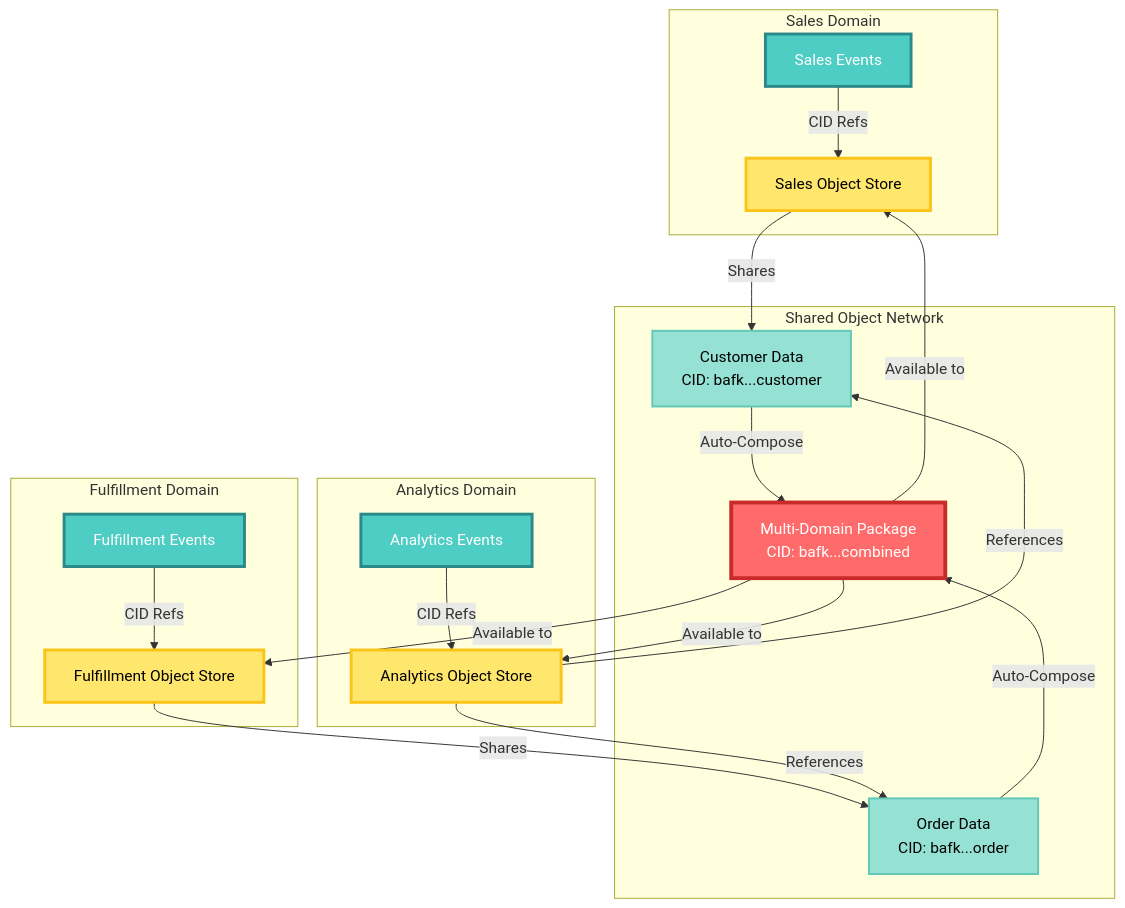
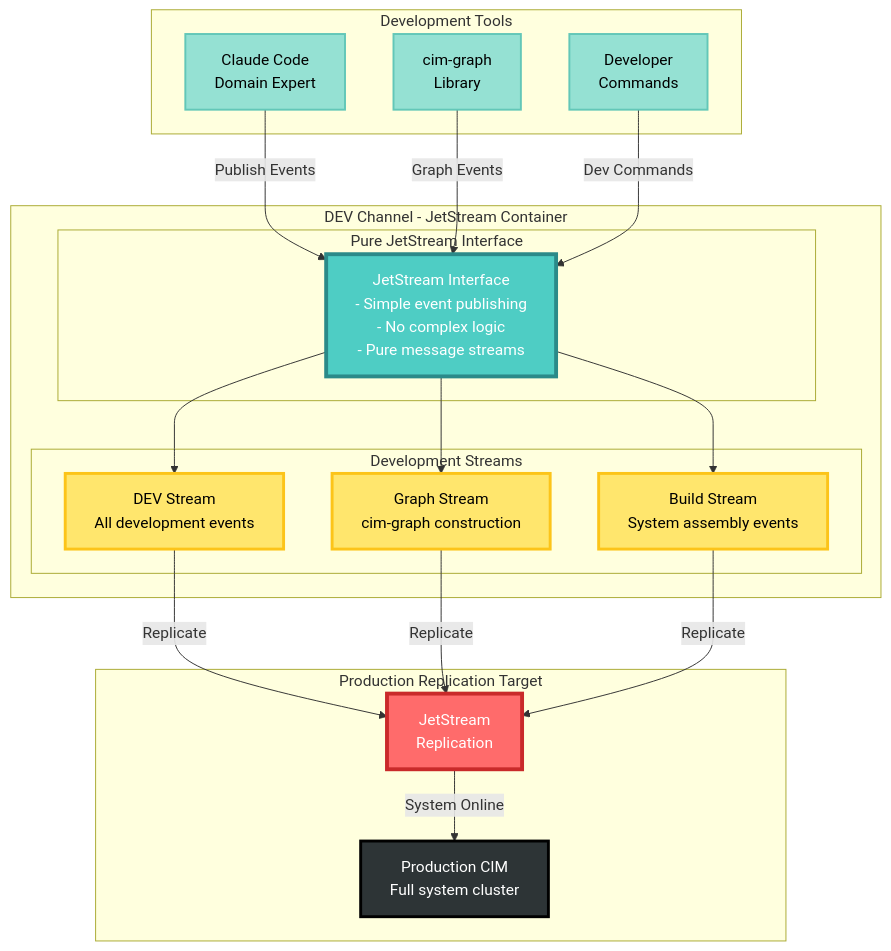
Before and after one commit to TheCowboyAI/cim-start: the third of 3 diagrams in readme.md, drawn with Mermaid. The commit also changed other lines of this file and 1 other file, not shown here.

First line of the commit message:
Clarify CIM-Start as DEV channel for domain construction

````diff
--- a/readme.md
+++ b/readme.md
@@ -117,48 +131,49 @@
 ```mermaid
 graph TB
-    subgraph "Sales Domain"
-        SalesEvents[Sales Events]
-        SalesObjects[Sales Object Store]
-        SalesEvents -->|CID Refs| SalesObjects
+    subgraph "DEV Channel - JetStream Container"
+        subgraph "Pure JetStream Interface"
+            JSInterface[JetStream Interface<br/>- Simple event publishing<br/>- No complex logic<br/>- Pure message streams]
+        end
+        
+        subgraph "Development Streams"
+            DevStream[DEV Stream<br/>All development events]
+            GraphStream[Graph Stream<br/>cim-graph construction]  
+            BuildStream[Build Stream<br/>System assembly events]
+        end
+        
+        JSInterface --> DevStream
+        JSInterface --> GraphStream
+        JSInterface --> BuildStream
     end
     
-    subgraph "Fulfillment Domain"
-        FulfillmentEvents[Fulfillment Events]
-        FulfillmentObjects[Fulfillment Object Store]
-        FulfillmentEvents -->|CID Refs| FulfillmentObjects
+    subgraph "Development Tools"
+        Claude[Claude Code<br/>Domain Expert]
+        CimGraph[cim-graph<br/>Library]
+        Developer[Developer<br/>Commands]
     end
     
-    subgraph "Analytics Domain"
-        AnalyticsEvents[Analytics Events]
-        AnalyticsObjects[Analytics Object Store]
-        AnalyticsEvents -->|CID Refs| AnalyticsObjects
+    subgraph "Production Replication Target"
+        ProdCluster[Production CIM<br/>Full system cluster]
+        ReplicationFlow[JetStream<br/>Replication]
     end
     
-    subgraph "Shared Object Network"
-        CustomerData[Customer Data<br/>CID: bafk...customer]
-        OrderData[Order Data<br/>CID: bafk...order]
-        SharedComposite[Multi-Domain Package<br/>CID: bafk...combined]
-    end
+    Claude -->|Publish Events| JSInterface
+    CimGraph -->|Graph Events| JSInterface
+    Developer -->|Dev Commands| JSInterface
     
-    SalesObjects -->|Shares| CustomerData
-    FulfillmentObjects -->|Shares| OrderData
-    AnalyticsObjects -->|References| CustomerData
-    AnalyticsObjects -->|References| OrderData
+    DevStream -->|Replicate| ReplicationFlow
+    GraphStream -->|Replicate| ReplicationFlow  
+    BuildStream -->|Replicate| ReplicationFlow
     
-    CustomerData -->|Auto-Compose| SharedComposite
-    OrderData -->|Auto-Compose| SharedComposite
+    ReplicationFlow -->|System Online| ProdCluster
     
-    SharedComposite -->|Available to| SalesObjects
-    SharedComposite -->|Available to| FulfillmentObjects
-    SharedComposite -->|Available to| AnalyticsObjects
-    
-    style SalesEvents fill:#4ECDC4,stroke:#2B8A89,stroke-width:3px,color:#FFF
-    style FulfillmentEvents fill:#4ECDC4,stroke:#2B8A89,stroke-width:3px,color:#FFF
-    style AnalyticsEvents fill:#4ECDC4,stroke:#2B8A89,stroke-width:3px,color:#FFF
-    style SalesObjects fill:#FFE66D,stroke:#FCC419,stroke-width:3px,color:#000
-    style FulfillmentObjects fill:#FFE66D,stroke:#FCC419,stroke-width:3px,color:#000
-    style AnalyticsObjects fill:#FFE66D,stroke:#FCC419,stroke-width:3px,color:#000
-    style CustomerData fill:#95E1D3,stroke:#63C7B8,stroke-width:2px,color:#000
-    style OrderData fill:#95E1D3,stroke:#63C7B8,stroke-width:2px,color:#000
-    style SharedComposite fill:#FF6B6B,stroke:#C92A2A,stroke-width:4px,color:#FFF
+    style JSInterface fill:#4ECDC4,stroke:#2B8A89,stroke-width:4px,color:#FFF
+    style DevStream fill:#FFE66D,stroke:#FCC419,stroke-width:3px,color:#000
+    style GraphStream fill:#FFE66D,stroke:#FCC419,stroke-width:3px,color:#000
+    style BuildStream fill:#FFE66D,stroke:#FCC419,stroke-width:3px,color:#000
+    style Claude fill:#95E1D3,stroke:#63C7B8,stroke-width:2px,color:#000
+    style CimGraph fill:#95E1D3,stroke:#63C7B8,stroke-width:2px,color:#000
+    style Developer fill:#95E1D3,stroke:#63C7B8,stroke-width:2px,color:#000
+    style ReplicationFlow fill:#FF6B6B,stroke:#C92A2A,stroke-width:4px,color:#FFF
+    style ProdCluster fill:#2D3436,stroke:#000,stroke-width:3px,color:#FFF
 ```
````
